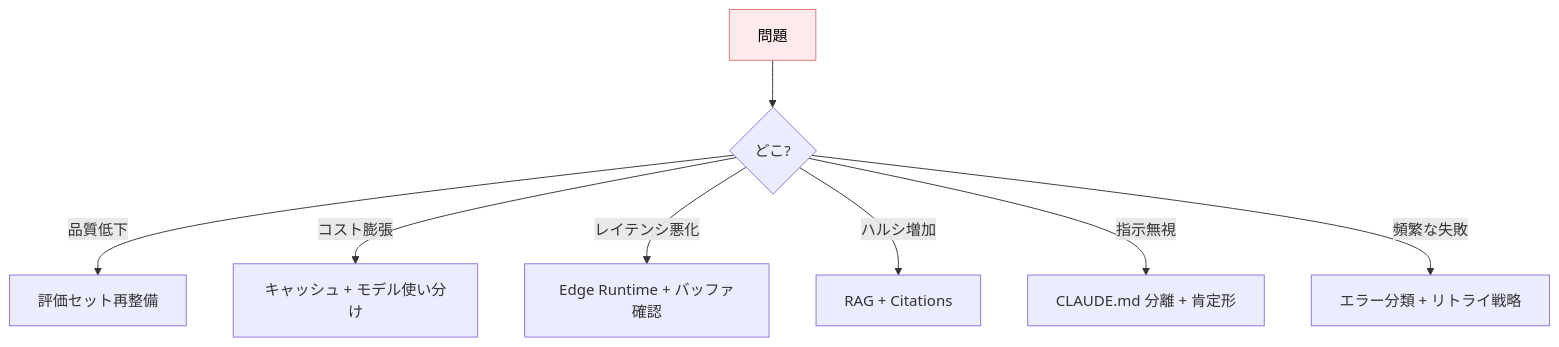
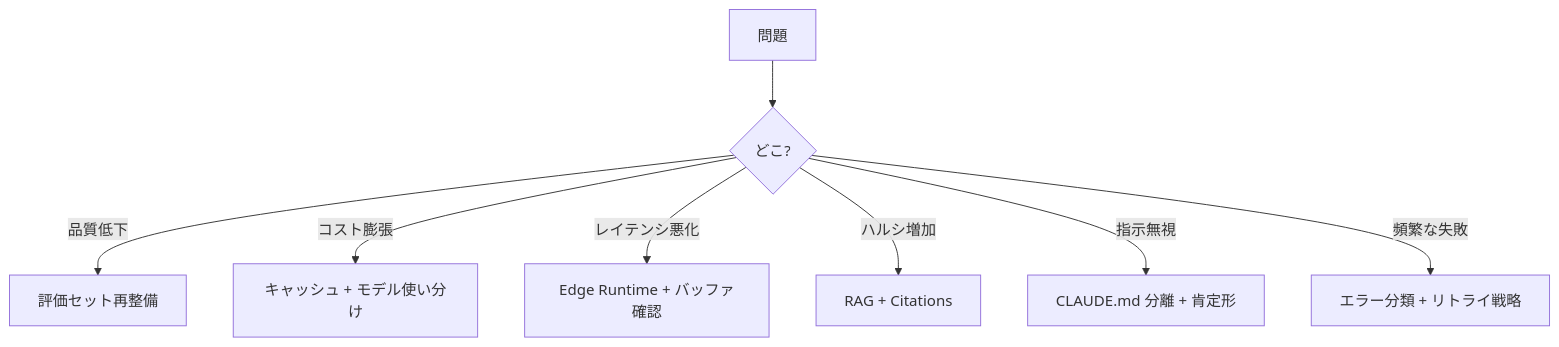
One commit to dinekt/dinekt-wiki changed the diagram in docs/cheatsheet.md. Above: the diagram before and after it, drawn with Mermaid. The commit also changed 70 other files, not shown here.

First line of the commit message:
fix(mermaid): strip all inline styling, rely on theme

````diff
--- a/docs/cheatsheet.md
+++ b/docs/cheatsheet.md
@@ -106,12 +106,11 @@
 ```mermaid
 flowchart TD
     P[問題] --> A{どこ?}
     A -->|品質低下| Q[評価セット再整備]
     A -->|コスト膨張| C[キャッシュ + モデル使い分け]
     A -->|レイテンシ悪化| L[Edge Runtime + バッファ確認]
     A -->|ハルシ増加| H[RAG + Citations]
     A -->|指示無視| I[CLAUDE.md 分離 + 肯定形]
     A -->|頻繁な失敗| F[エラー分類 + リトライ戦略]
 
-    style P fill:#ffebee,stroke:#e57373,color:#000
 ```
````
